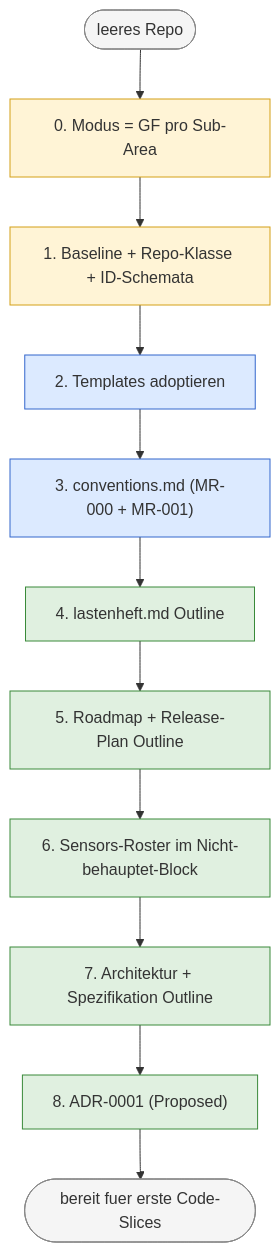
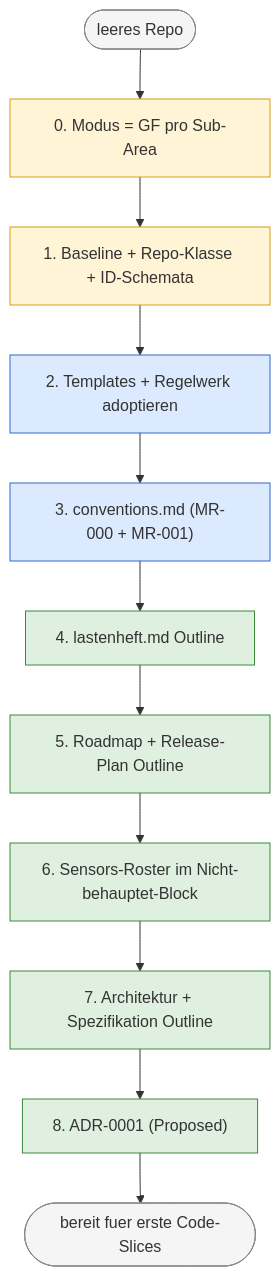
One commit to pt9912/ai-harness-course changed the first of 2 diagrams in kurs/de/01-spec-und-architektur/modul-02-harness-bootstrap.md. Above: the diagram before and after it, drawn with Mermaid. The commit also changed other lines of this file and 5 other files, not shown here.

````diff
--- a/kurs/de/01-spec-und-architektur/modul-02-harness-bootstrap.md
+++ b/kurs/de/01-spec-und-architektur/modul-02-harness-bootstrap.md
@@ -294,22 +294,22 @@
 ```mermaid
 flowchart TD
     Start([leeres Repo]):::start
     S0["0. Modus = GF pro Sub-Area"]:::orient
     S1["1. Baseline + Repo-Klasse + ID-Schemata"]:::orient
-    S2["2. Templates adoptieren"]:::action
+    S2["2. Templates + Regelwerk adoptieren"]:::action
     S3["3. conventions.md (MR-000 + MR-001)"]:::action
     S4["4. lastenheft.md Outline"]:::content
     S5["5. Roadmap + Release-Plan Outline"]:::content
     S6["6. Sensors-Roster im Nicht-behauptet-Block"]:::content
     S7["7. Architektur + Spezifikation Outline"]:::content
     S8["8. ADR-0001 (Proposed)"]:::content
     End([bereit fuer erste Code-Slices]):::endNode
 
     Start --> S0 --> S1 --> S2 --> S3 --> S4 --> S5 --> S6 --> S7 --> S8 --> End
 
     classDef start fill:#f5f5f5,stroke:#888
     classDef orient fill:#fff4d6,stroke:#d4a017
     classDef action fill:#dceaff,stroke:#3366cc
     classDef content fill:#e0f0e0,stroke:#3a8a3a
     classDef endNode fill:#f5f5f5,stroke:#888
 ```
````
